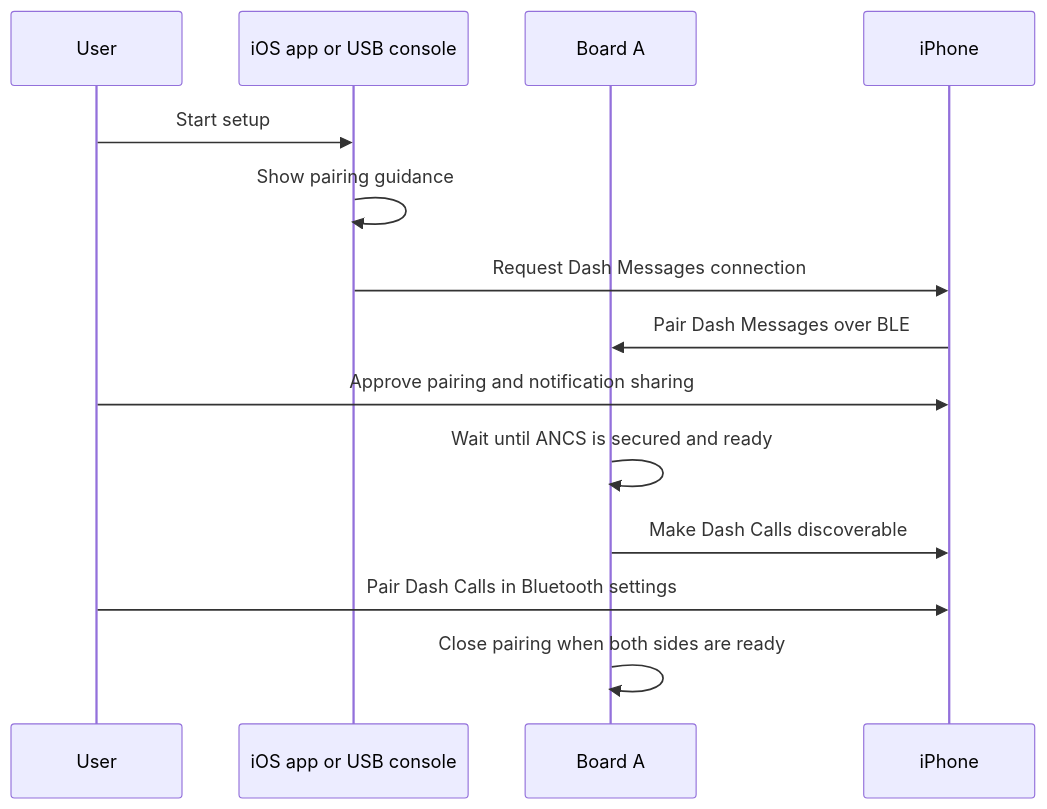
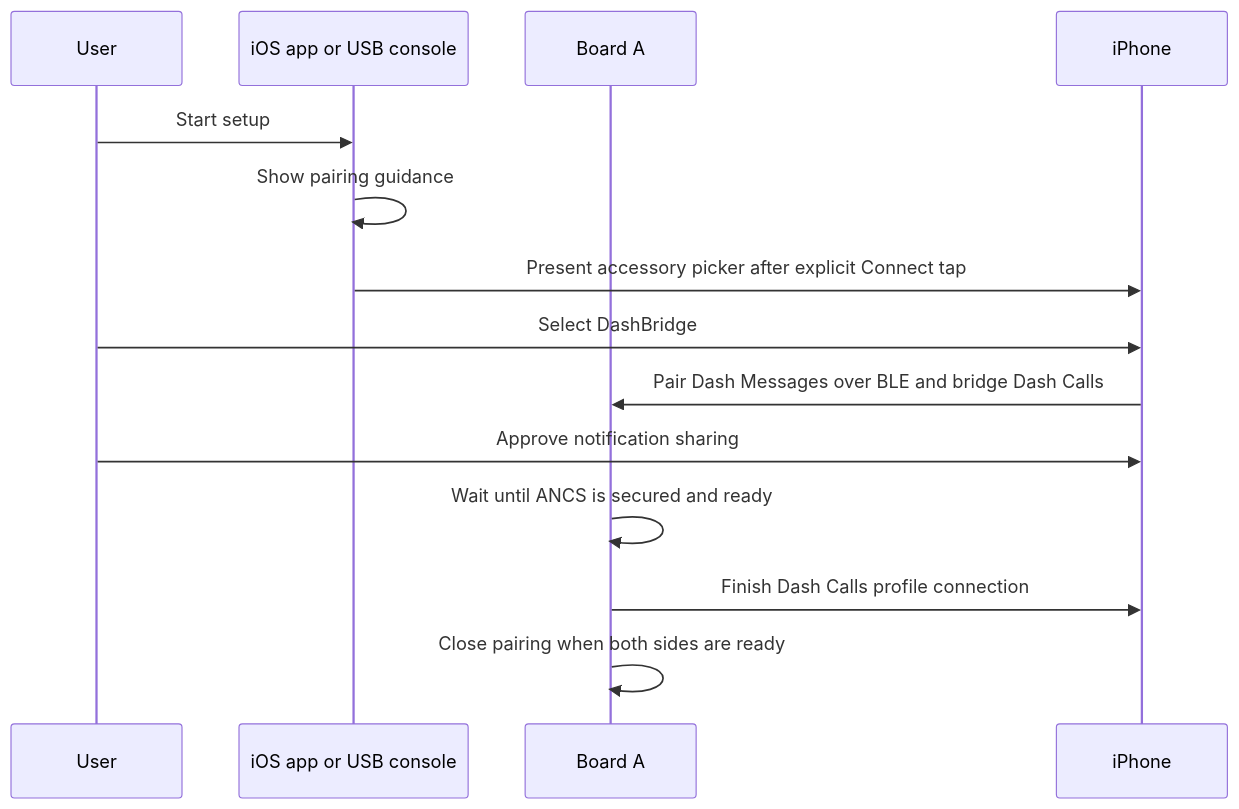
Before and after one commit to thomasgregg/DashBridge: the second of 2 diagrams in ARCHITECTURE.md, drawn with Mermaid. The commit also changed other lines of this file and 9 other files, not shown here.

````diff
--- a/ARCHITECTURE.md
+++ b/ARCHITECTURE.md
@@ -89,17 +89,17 @@
 ```mermaid
 sequenceDiagram
     participant User
     participant App as iOS app or USB console
     participant A as Board A
     participant Phone as iPhone
 
     User->>App: Start setup
     App->>App: Show pairing guidance
-    App->>Phone: Request Dash Messages connection
-    Phone->>A: Pair Dash Messages over BLE
-    User->>Phone: Approve pairing and notification sharing
+    App->>Phone: Present accessory picker after explicit Connect tap
+    User->>Phone: Select DashBridge
+    Phone->>A: Pair Dash Messages over BLE and bridge Dash Calls
+    User->>Phone: Approve notification sharing
     A->>A: Wait until ANCS is secured and ready
-    A->>Phone: Make Dash Calls discoverable
-    User->>Phone: Pair Dash Calls in Bluetooth settings
+    A->>Phone: Finish Dash Calls profile connection
     A->>A: Close pairing when both sides are ready
 ```
````
